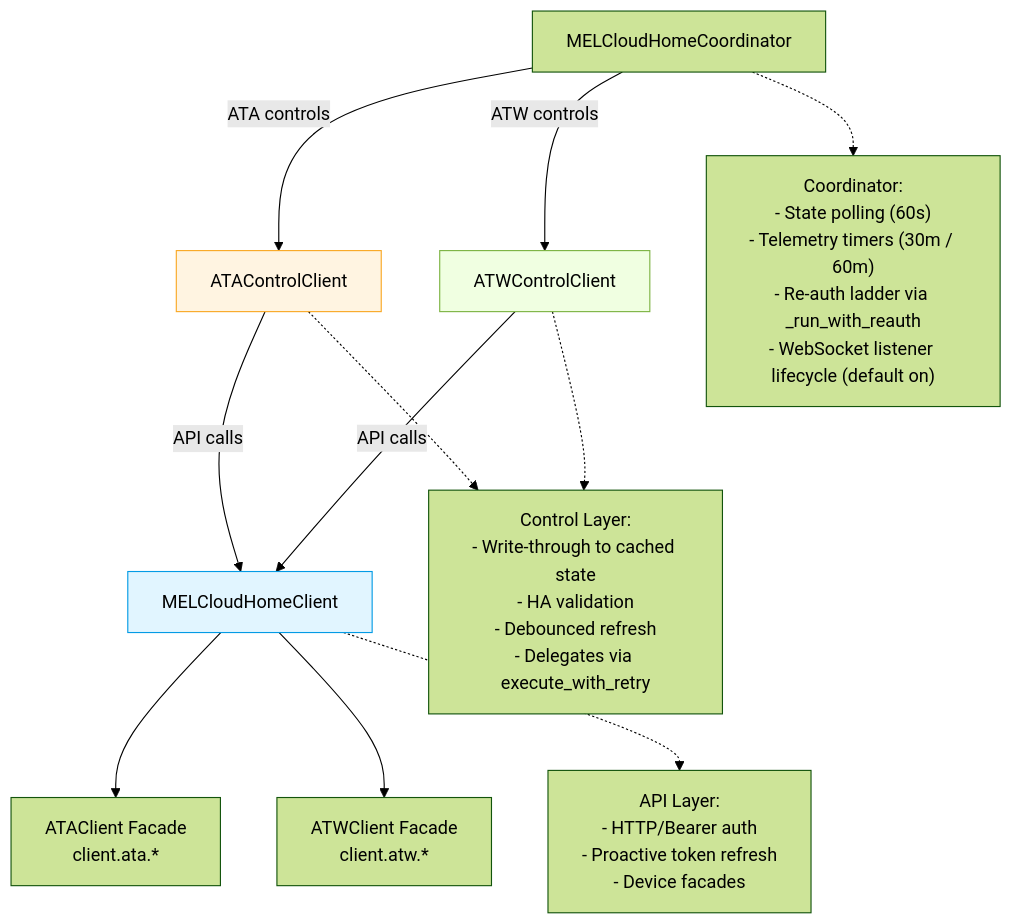
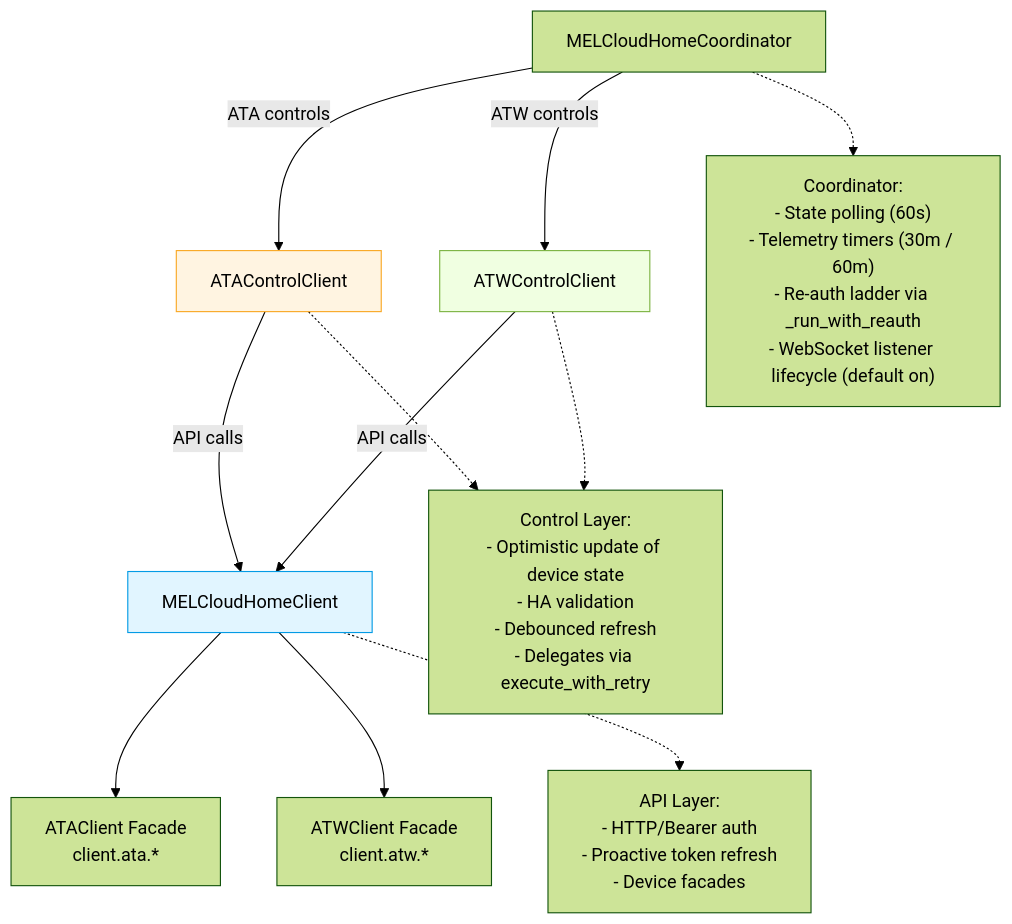
Before and after one commit to andrew-blake/melcloudhome: the third of 6 diagrams in docs/architecture.md, drawn with Mermaid (forest theme). The commit also changed other lines of this file and 7 other files, not shown here.

````diff
--- a/docs/architecture.md
+++ b/docs/architecture.md
@@ -367,29 +367,29 @@
 ```mermaid
 graph TD
     Coordinator[MELCloudHomeCoordinator]
     ControlATA[ATAControlClient]
     ControlATW[ATWControlClient]
     APIClient[MELCloudHomeClient]
     ATAAPI[ATAClient Facade<br/>client.ata.*]
     ATWAPI[ATWClient Facade<br/>client.atw.*]
 
     Coordinator -->|ATA controls| ControlATA
     Coordinator -->|ATW controls| ControlATW
     ControlATA -->|API calls| APIClient
     ControlATW -->|API calls| APIClient
     APIClient --> ATAAPI
     APIClient --> ATWAPI
 
     style ControlATA fill:#fff4e1,stroke:#f9a825
     style ControlATW fill:#f0ffe1,stroke:#7cb342
     style APIClient fill:#e1f5ff,stroke:#039be5
 
     note0["Coordinator:<br/>- State polling (60s)<br/>- Telemetry timers (30m / 60m)<br/>- Re-auth ladder via _run_with_reauth<br/>- WebSocket listener lifecycle (default on)"]
-    note1["Control Layer:<br/>- Write-through to cached state<br/>- HA validation<br/>- Debounced refresh<br/>- Delegates via execute_with_retry"]
+    note1["Control Layer:<br/>- Optimistic update of device state<br/>- HA validation<br/>- Debounced refresh<br/>- Delegates via execute_with_retry"]
     note2["API Layer:<br/>- HTTP/Bearer auth<br/>- Proactive token refresh<br/>- Device facades"]
 
     Coordinator -.-> note0
     ControlATA -.-> note1
     ControlATW -.-> note1
     APIClient -.-> note2
 ```
````
